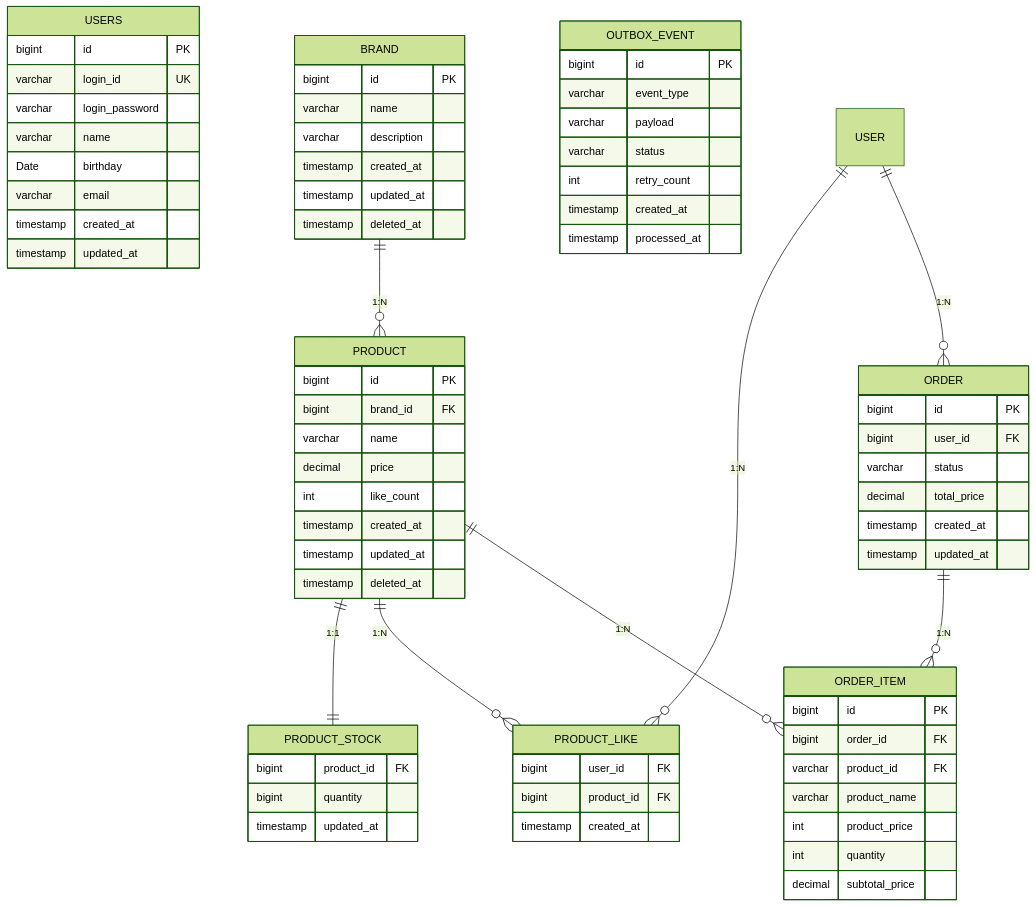
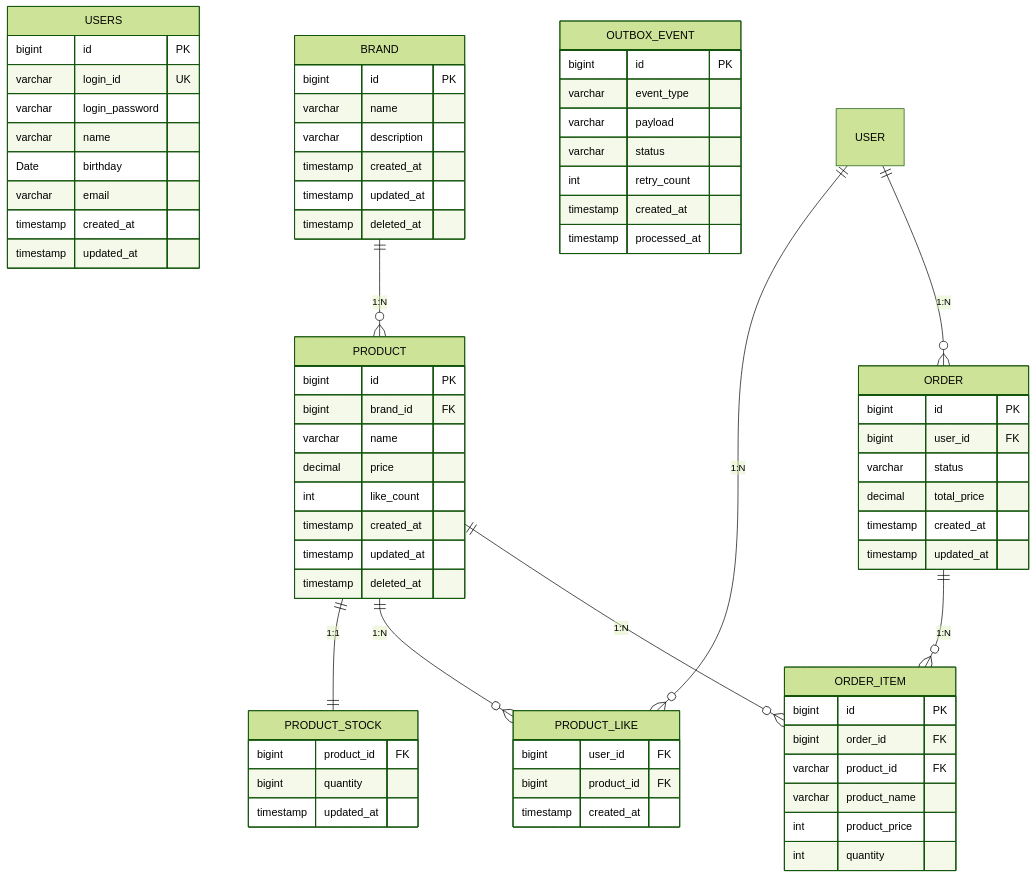
One commit to loopers-labs/loop-pack-be-l2-vol4-java changed the diagram in docs/design/04-erd.md. Above: the diagram before and after it, drawn with Mermaid (forest theme). The commit also changed 9 other files, not shown here.

````diff
--- a/docs/design/04-erd.md
+++ b/docs/design/04-erd.md
@@ -1,82 +1,81 @@
 ```mermaid
 erDiagram
   USERS {
     bigint id PK
     varchar login_id UK
     varchar login_password
     varchar name
     Date birthday
     varchar email
     timestamp created_at
     timestamp updated_at
   }
 
   BRAND {
     bigint id PK
     varchar name
     varchar description
     timestamp created_at
     timestamp updated_at
     timestamp deleted_at
   }
 
   PRODUCT {
     bigint id PK
     bigint brand_id FK
     varchar name
     decimal price
     int like_count
     timestamp created_at
     timestamp updated_at
     timestamp deleted_at
   }
 
   PRODUCT_STOCK {
     bigint product_id FK
     bigint quantity
     timestamp updated_at
   }
 
   PRODUCT_LIKE {
     bigint user_id FK
     bigint product_id FK
     timestamp created_at
   }
 
   ORDER {
     bigint id PK
     bigint user_id FK
     varchar status
     decimal total_price
     timestamp created_at
     timestamp updated_at
   }
 
   ORDER_ITEM {
     bigint id PK
     bigint order_id FK
     varchar product_id FK
     varchar product_name
     int product_price
     int quantity
-    decimal subtotal_price
   }
 
   OUTBOX_EVENT {
     bigint id PK
     varchar event_type
     varchar payload
     varchar status
     int retry_count
     timestamp created_at
     timestamp processed_at
   }
 
   BRAND ||--o{ PRODUCT : "1:N"
 	PRODUCT ||--|| PRODUCT_STOCK : "1:1"
 	USER ||--o{ PRODUCT_LIKE : "1:N"
 	PRODUCT ||--o{ PRODUCT_LIKE : "1:N"
 	USER ||--o{ ORDER : "1:N"
 	ORDER ||--o{ ORDER_ITEM : "1:N"
 	PRODUCT ||--o{ ORDER_ITEM : "1:N"
 ```
````
